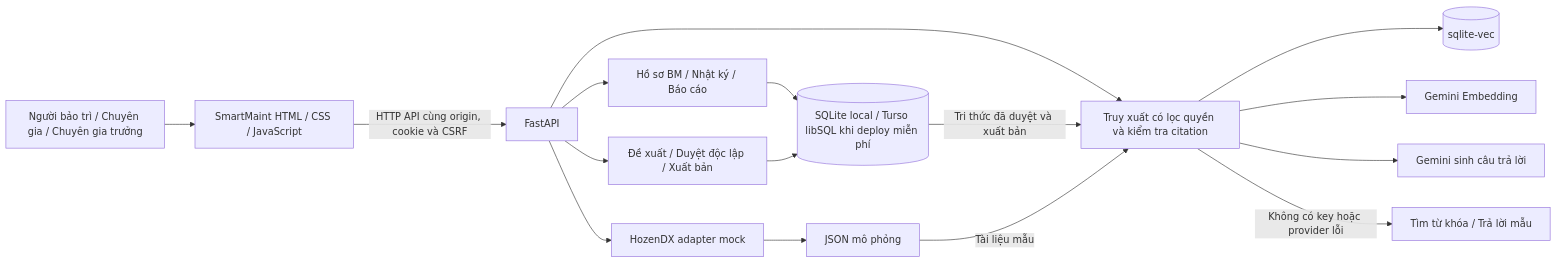
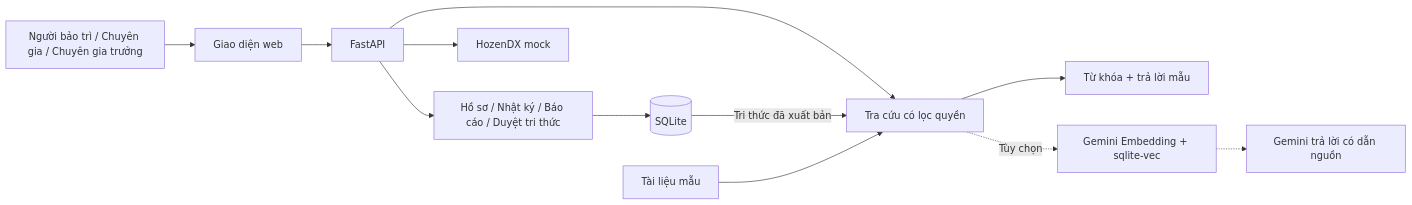
One commit to nguyenhoangduong17122005-glitch/DENSO-SmartMaintAI changed the first of 2 diagrams in README.md. Above: the diagram before and after it, drawn with Mermaid. The commit also changed other lines of this file, not shown here.

Commit message:
Simplify README for local hackathon demo submission [skip ci]

````diff
--- a/README.md
+++ b/README.md
@@ -21,18 +23,14 @@
 ```mermaid
 flowchart LR
-    U[Người bảo trì / Chuyên gia / Chuyên gia trưởng] --> UI[SmartMaint HTML / CSS / JavaScript]
-    UI -->|HTTP API cùng origin, cookie và CSRF| API[FastAPI]
-    API --> BM[Hồ sơ BM / Nhật ký / Báo cáo]
-    BM --> DB[(SQLite local / Turso libSQL khi deploy miễn phí)]
-    API --> KN[Đề xuất / Duyệt độc lập / Xuất bản]
-    KN --> DB
-    API --> HZ[HozenDX adapter mock]
-    HZ --> FX[JSON mô phỏng]
-    API --> RAG[Truy xuất có lọc quyền và kiểm tra citation]
-    DB -->|Tri thức đã duyệt và xuất bản| RAG
-    FX -->|Tài liệu mẫu| RAG
-    RAG --> V[(sqlite-vec)]
-    RAG --> GE[Gemini Embedding]
-    RAG --> G[Gemini sinh câu trả lời]
-    RAG -->|Không có key hoặc provider lỗi| OFF[Tìm từ khóa / Trả lời mẫu]
+    U[Người bảo trì / Chuyên gia / Chuyên gia trưởng] --> UI[Giao diện web]
+    UI --> API[FastAPI]
+    API --> BM[Hồ sơ / Nhật ký / Báo cáo / Duyệt tri thức]
+    BM --> DB[(SQLite)]
+    API --> HZ[HozenDX mock]
+    API --> R[Tra cứu có lọc quyền]
+    DB -->|Tri thức đã xuất bản| R
+    F[Tài liệu mẫu] --> R
+    R --> K[Từ khóa + trả lời mẫu]
+    R -.->|Tùy chọn| V[Gemini Embedding + sqlite-vec]
+    V -.-> G[Gemini trả lời có dẫn nguồn]
 ```
````
